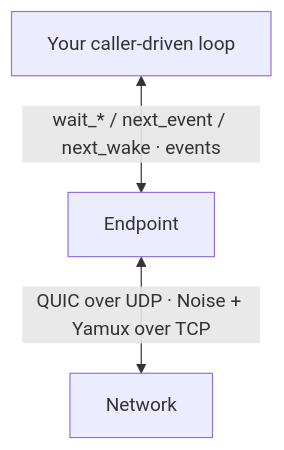
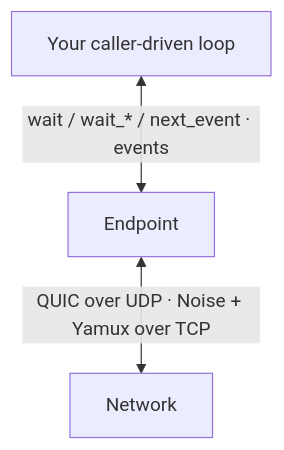
Before and after one commit to deepso7/minip2p: the diagram in docs/md/rust/concepts.mdx, drawn with Mermaid. The commit also changed other lines of this file and 7 other files, not shown here.

First line of the commit message:
Introduce Endpoint event stream and State snapshot getters.

````diff
--- a/docs/md/rust/concepts.mdx
+++ b/docs/md/rust/concepts.mdx
@@ -14,5 +14,5 @@
 ```mermaid
 flowchart TB
-  A["Your caller-driven loop"] <-->|"wait_* / next_event / next_wake · events"| B["Endpoint"]
+  A["Your caller-driven loop"] <-->|"wait / wait_* / next_event · events"| B["Endpoint"]
   B <-->|"QUIC over UDP · Noise + Yamux over TCP"| C["Network"]
 ```
````
